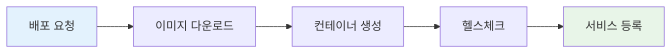
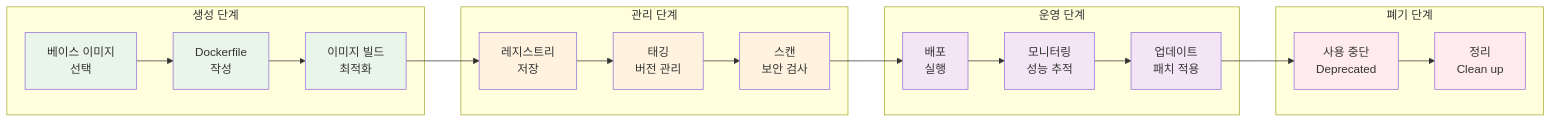
The second of 3 diagrams in theory/week_02/day4/session_2.md (niceguy61/kdt_devops_lecture_2025), drawn with Mermaid before and after one commit. The commit also changed other lines of this file and 27 other files, not shown here.

````diff
--- a/theory/week_02/day4/session_2.md
+++ b/theory/week_02/day4/session_2.md
@@ -96,10 +82,37 @@
 ```mermaid
 graph LR
-    A[배포 요청] --> B[이미지 다운로드]
-    B --> C[컨테이너 생성]
-    C --> D[헬스체크]
-    D --> E[서비스 등록]
+    subgraph "생성 단계"
+        A[베이스 이미지<br/>선택] --> B[Dockerfile<br/>작성]
+        B --> C[이미지 빌드<br/>최적화]
+    end
     
-    style A fill:#e3f2fd
-    style E fill:#e8f5e8
+    subgraph "관리 단계"
+        D[레지스트리<br/>저장] --> E[태깅<br/>버전 관리]
+        E --> F[스캔<br/>보안 검사]
+    end
+    
+    subgraph "운영 단계"
+        G[배포<br/>실행] --> H[모니터링<br/>성능 추적]
+        H --> I[업데이트<br/>패치 적용]
+    end
+    
+    subgraph "폐기 단계"
+        J[사용 중단<br/>Deprecated] --> K[정리<br/>Clean up]
+    end
+    
+    C --> D
+    F --> G
+    I --> J
+    
+    style A fill:#e8f5e8
+    style B fill:#e8f5e8
+    style C fill:#e8f5e8
+    style D fill:#fff3e0
+    style E fill:#fff3e0
+    style F fill:#fff3e0
+    style G fill:#f3e5f5
+    style H fill:#f3e5f5
+    style I fill:#f3e5f5
+    style J fill:#ffebee
+    style K fill:#ffebee
 ```
````
